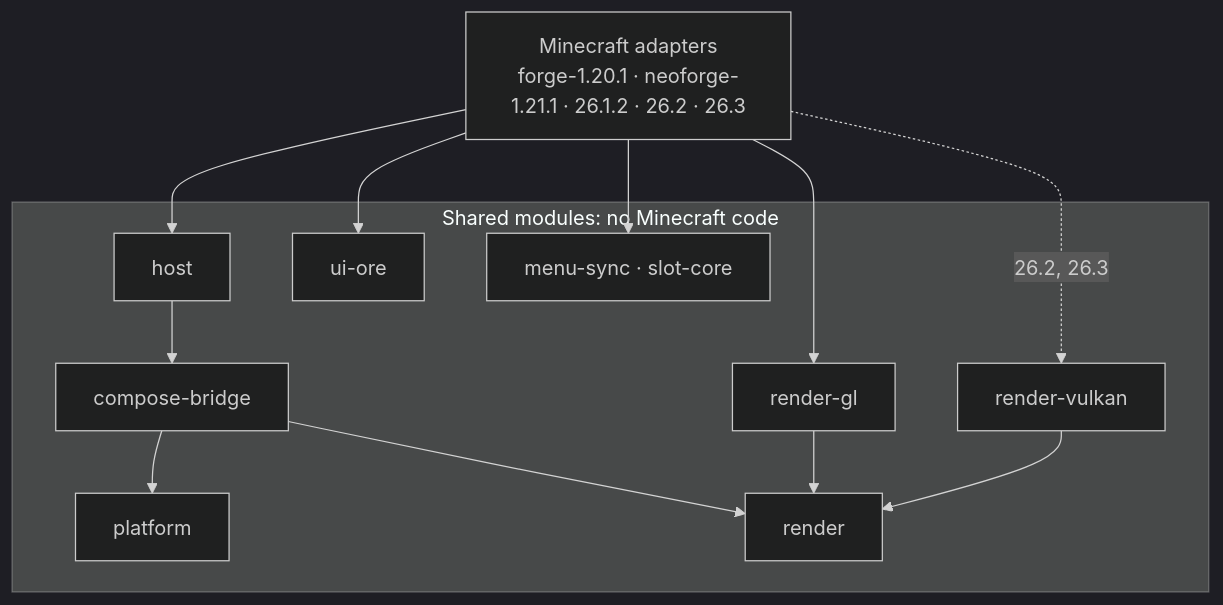
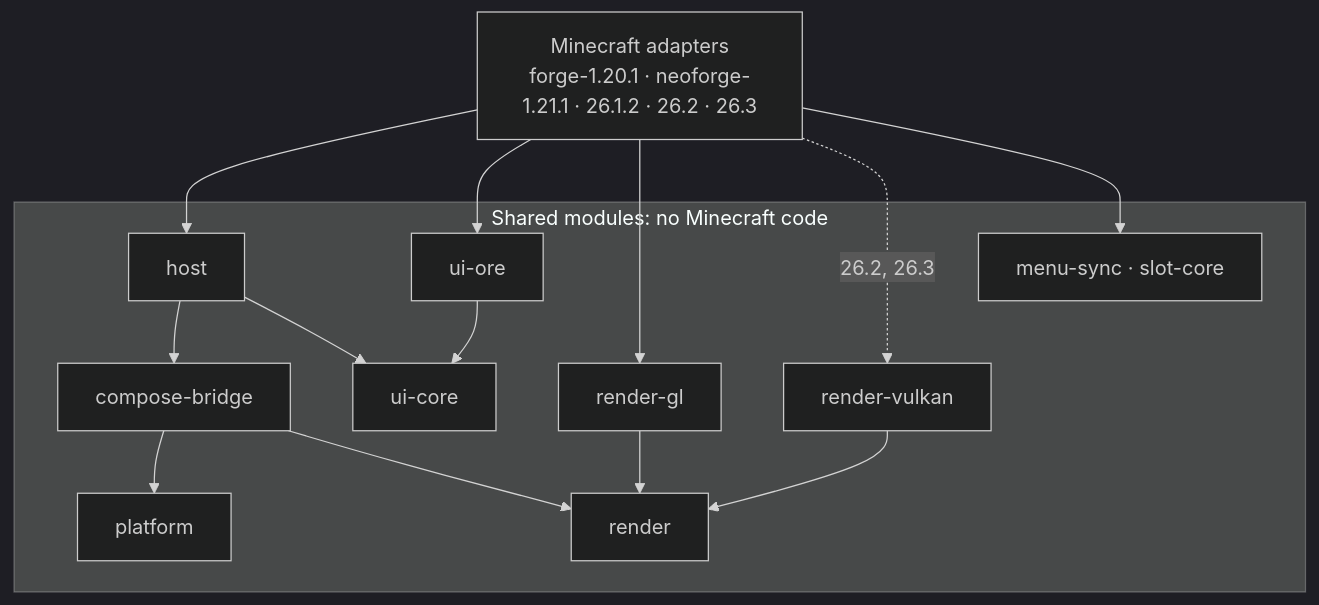
Before and after one commit to Frostbite-time/CompixelUI: the first of 2 diagrams in docs/en/architecture.md, drawn with Mermaid (dark theme). The commit also changed other lines of this file and 85 other files, not shown here.

````diff
--- a/docs/en/architecture.md
+++ b/docs/en/architecture.md
@@ -7,18 +7,20 @@
 ```mermaid
 flowchart TB
     adapter["Minecraft adapters<br/>forge-1.20.1 · neoforge-1.21.1 · 26.1.2 · 26.2 · 26.3"]
     subgraph shared["Shared modules: no Minecraft code"]
         host --> bridge[compose-bridge]
         bridge --> platform
         bridge --> render
         gl[render-gl] --> render
         vk[render-vulkan] --> render
-        ore[ui-ore]
+        core[ui-core]
+        host --> core
+        ore[ui-ore] --> core
         sync["menu-sync · slot-core"]
     end
     adapter --> host
     adapter --> ore
     adapter --> gl
     adapter -.->|26.2, 26.3| vk
     adapter --> sync
 ```
````
